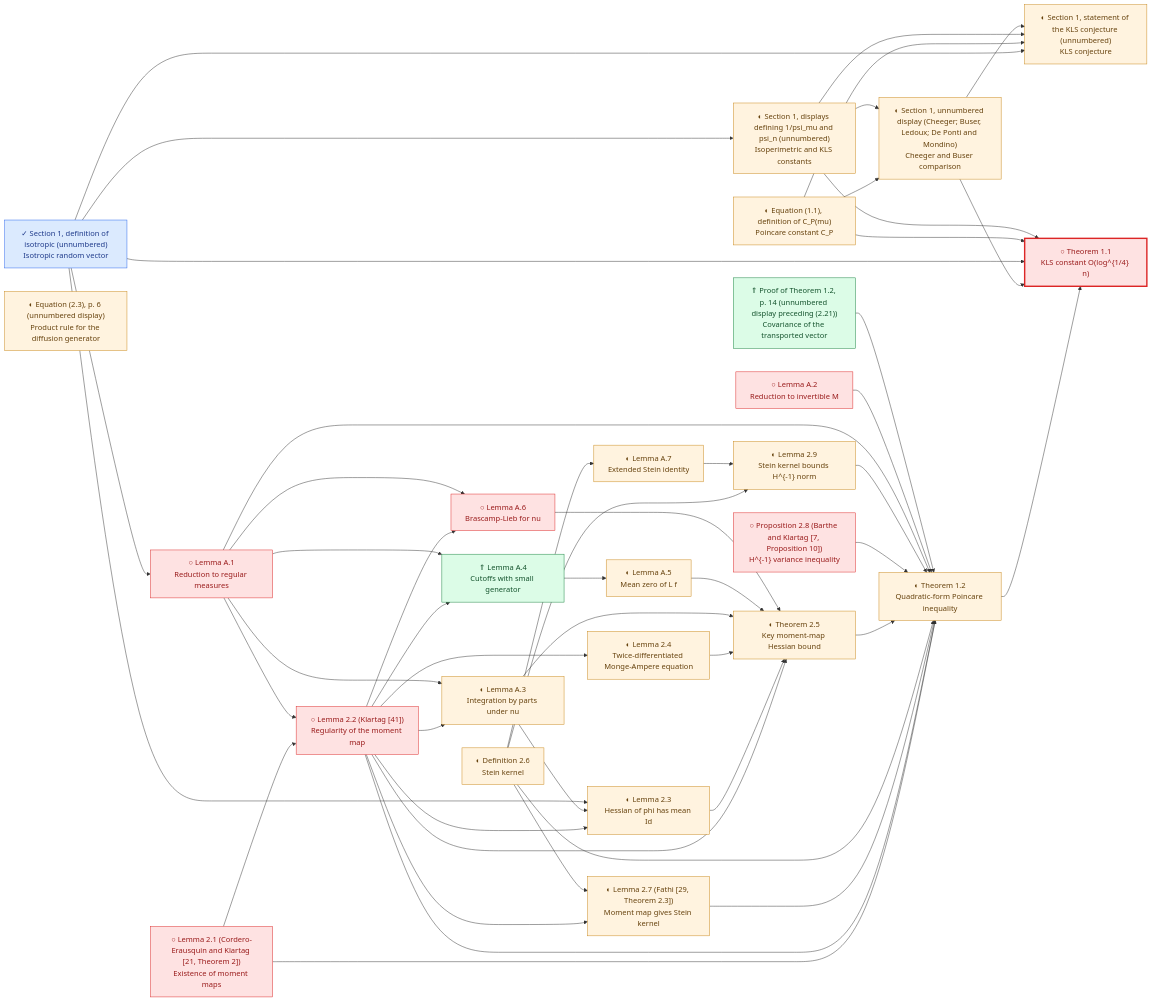
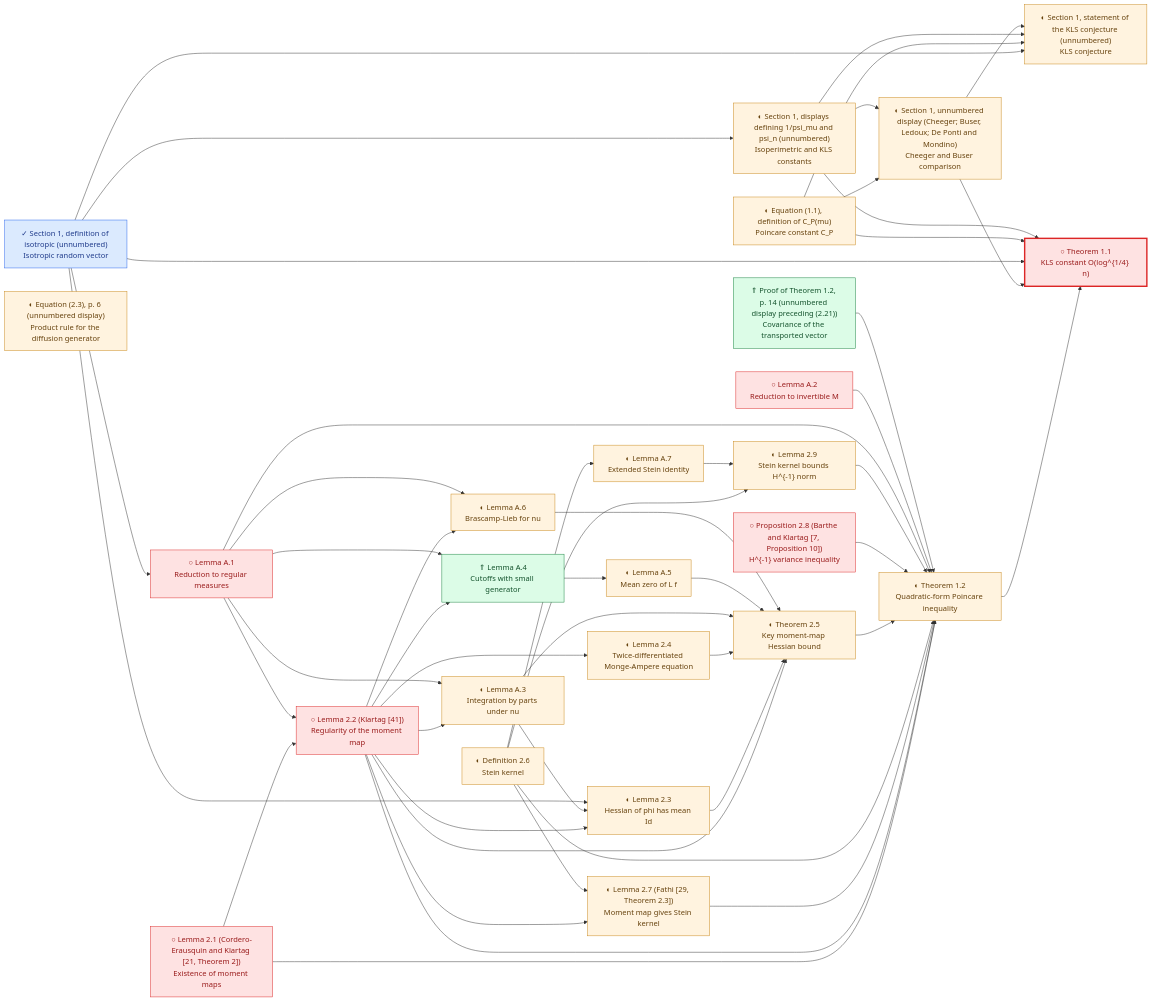
Before and after one commit to human-ai-mathematics/kls-lean: diagram 23 of 26 in research/progress/README.md, drawn with Mermaid. The commit also changed other lines of this file and 327 other files, not shown here.

```diff
--- a/research/progress/README.md
+++ b/research/progress/README.md
@@ -1138,7 +1169,7 @@
     Letwin2026_LA3["◐ Lemma A.3<br/>Integration by parts under nu"]
     Letwin2026_LA4["⇑ Lemma A.4<br/>Cutoffs with small generator"]
     Letwin2026_LA5["◐ Lemma A.5<br/>Mean zero of L f"]
-    Letwin2026_LA6["○ Lemma A.6<br/>Brascamp-Lieb for nu"]
+    Letwin2026_LA6["◐ Lemma A.6<br/>Brascamp-Lieb for nu"]
     Letwin2026_LA7["◐ Lemma A.7<br/>Extended Stein identity"]
     Letwin2026_DISO --> Letwin2026_DPSI
     Letwin2026_DCP --> Letwin2026_ECMP
@@ -1190,9 +1221,9 @@
     classDef lemma_formalized fill:#dbeafe,stroke:#2563eb,color:#1e3a8a;
     class Letwin2026_DISO lemma_formalized;
     classDef lemma_partial fill:#fff3df,stroke:#c88719,color:#66420d;
-    class Letwin2026_DCP,Letwin2026_DPSI,Letwin2026_ECMP,Letwin2026_CONJ,Letwin2026_T12,Letwin2026_L23,Letwin2026_E23,Letwin2026_L24,Letwin2026_T25,Letwin2026_D26,Letwin2026_L27,Letwin2026_L29,Letwin2026_LA3,Letwin2026_LA5,Letwin2026_LA7 lemma_partial;
+    class Letwin2026_DCP,Letwin2026_DPSI,Letwin2026_ECMP,Letwin2026_CONJ,Letwin2026_T12,Letwin2026_L23,Letwin2026_E23,Letwin2026_L24,Letwin2026_T25,Letwin2026_D26,Letwin2026_L27,Letwin2026_L29,Letwin2026_LA3,Letwin2026_LA5,Letwin2026_LA6,Letwin2026_LA7 lemma_partial;
     classDef lemma_pending fill:#fee2e2,stroke:#dc2626,color:#991b1b;
-    class Letwin2026_T11,Letwin2026_L21,Letwin2026_L22,Letwin2026_P28,Letwin2026_LA1,Letwin2026_LA2,Letwin2026_LA6 lemma_pending;
+    class Letwin2026_T11,Letwin2026_L21,Letwin2026_L22,Letwin2026_P28,Letwin2026_LA1,Letwin2026_LA2 lemma_pending;
     classDef lemma_improved fill:#dcfce7,stroke:#15803d,color:#14532d;
     class Letwin2026_CZ14,Letwin2026_LA4 lemma_improved;
     style Letwin2026_T11 stroke-width:3px
```
